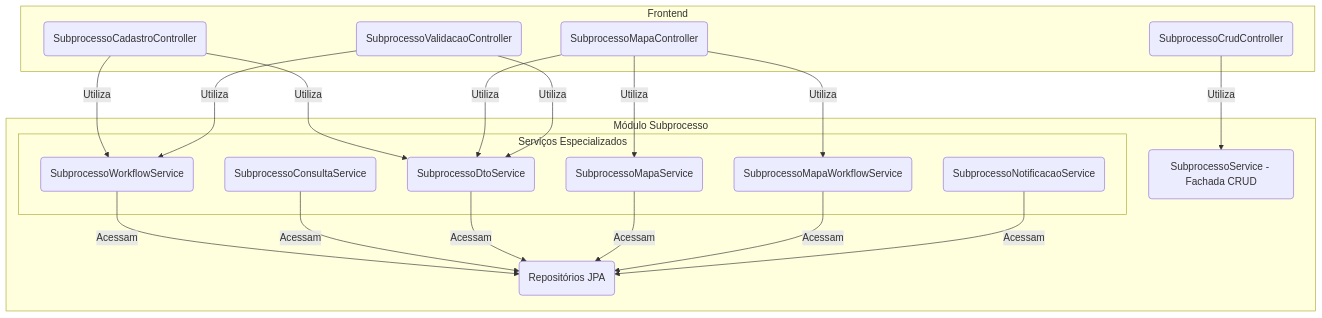
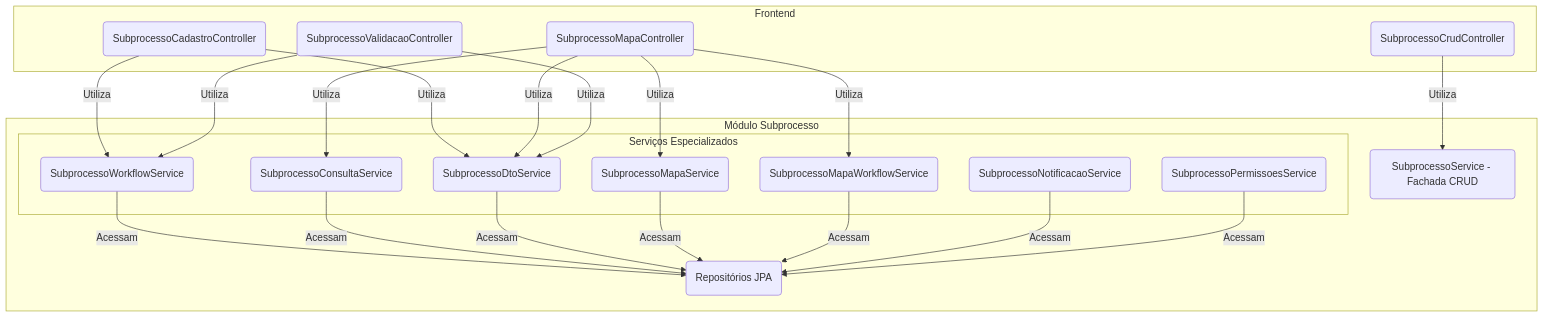
One commit to lgalvao/sgc changed the first of 2 diagrams in backend/src/main/java/sgc/subprocesso/README.md. Above: the diagram before and after it, drawn with Mermaid. The commit also changed other lines of this file and 301 other files, not shown here.

````diff
--- a/backend/src/main/java/sgc/subprocesso/README.md
+++ b/backend/src/main/java/sgc/subprocesso/README.md
@@ -13,31 +13,32 @@
 ```mermaid
 graph TD
     subgraph "Frontend"
         ControleCrud(SubprocessoCrudController)
         ControleCadastro(SubprocessoCadastroController)
         ControleMapa(SubprocessoMapaController)
         ControleValidacao(SubprocessoValidacaoController)
     end
 
     subgraph "Módulo Subprocesso"
         Facade(SubprocessoService - Fachada CRUD)
 
         subgraph "Serviços Especializados"
             Workflow(SubprocessoWorkflowService)
             Consulta(SubprocessoConsultaService)
             DtoBuilder(SubprocessoDtoService)
             Mapa(SubprocessoMapaService)
             MapaWorkflow(SubprocessoMapaWorkflowService)
             Notificacao(SubprocessoNotificacaoService)
+            Permissoes(SubprocessoPermissoesService)
         end
 
         Repos(Repositórios JPA)
     end
 
     ControleCrud -- Utiliza --> Facade
     ControleCadastro -- Utiliza --> Workflow & DtoBuilder
-    ControleMapa -- Utiliza --> MapaWorkflow & Mapa & DtoBuilder
+    ControleMapa -- Utiliza --> MapaWorkflow & Mapa & DtoBuilder & Consulta
     ControleValidacao -- Utiliza --> Workflow & DtoBuilder
 
-    Workflow & Consulta & DtoBuilder & Mapa & MapaWorkflow & Notificacao -- Acessam --> Repos
+    Workflow & Consulta & DtoBuilder & Mapa & MapaWorkflow & Notificacao & Permissoes -- Acessam --> Repos
 ```
````
